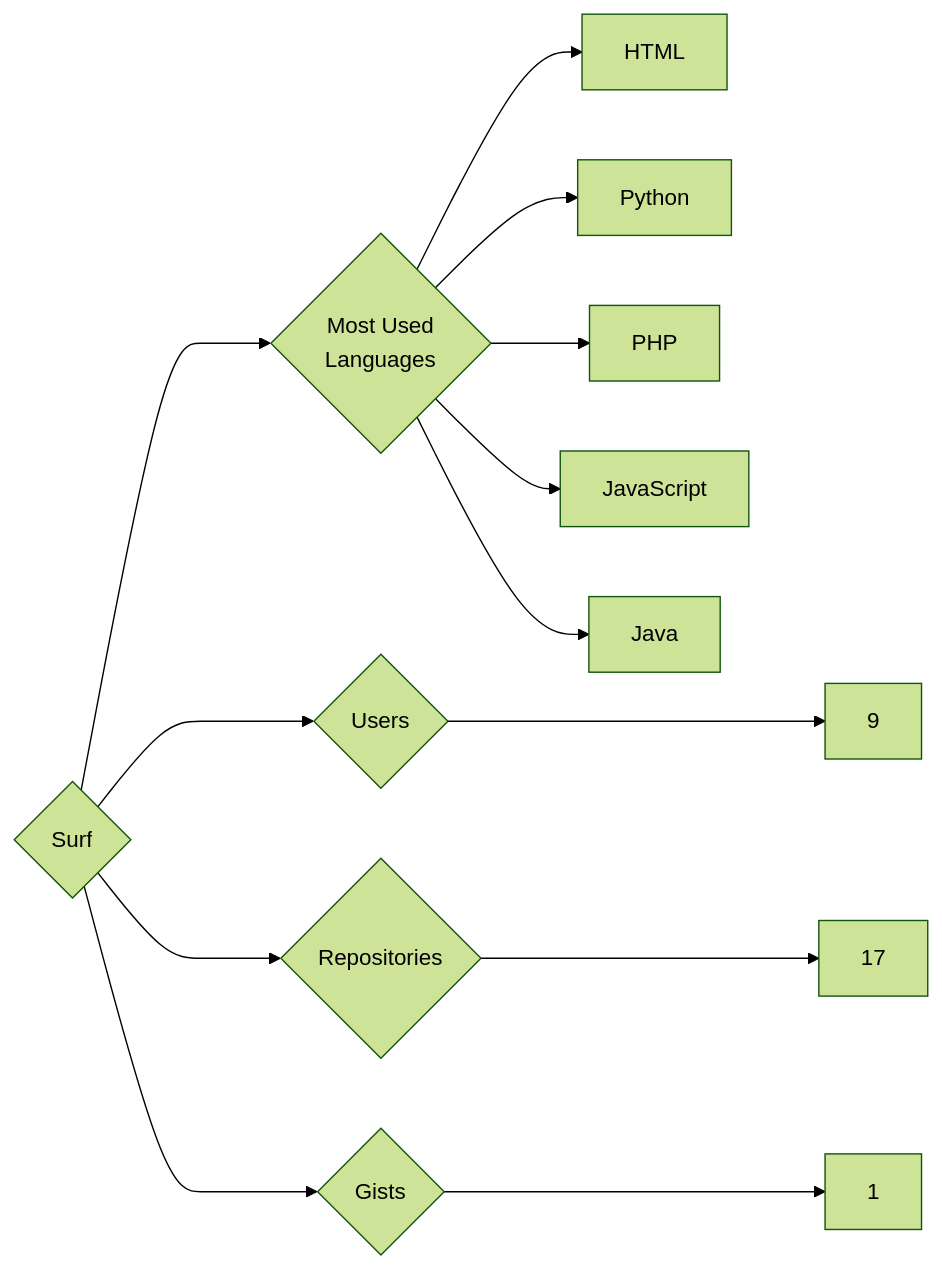
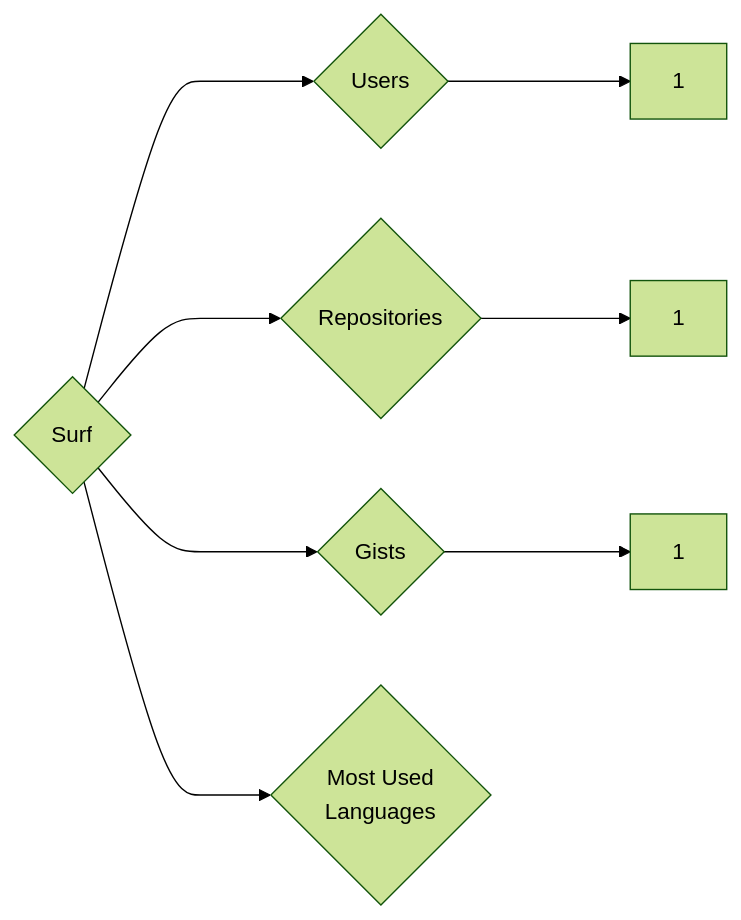
The diagram in targets/Surf/README.md (trickest/insiders), drawn with Mermaid (forest theme) before and after one commit. The commit also changed 1484 other files, not shown here.

````diff
--- a/targets/Surf/README.md
+++ b/targets/Surf/README.md
@@ -3,13 +3,8 @@
 ```mermaid
 graph LR
 COMPANY_NAME{Surf}
-COMPANY_NAME ---> U{Users} ---> UN[9]
-COMPANY_NAME ---> R{Repositories} ---> RN[17]
+COMPANY_NAME ---> U{Users} ---> UN[1]
+COMPANY_NAME ---> R{Repositories} ---> RN[1]
 COMPANY_NAME ---> G{Gists} ---> GN[1]
 COMPANY_NAME ---> ML{Most Used<br>Languages}
-ML --> HTML[HTML]
-ML --> Python[Python]
-ML --> PHP[PHP]
-ML --> JavaScript[JavaScript]
-ML --> Java[Java]
 ```
````
